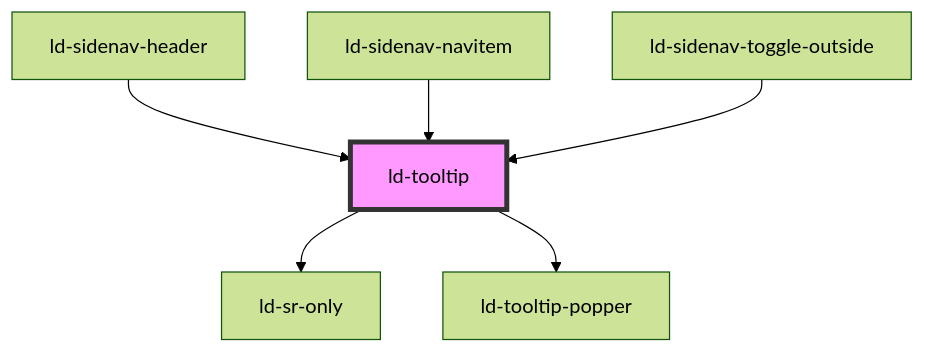
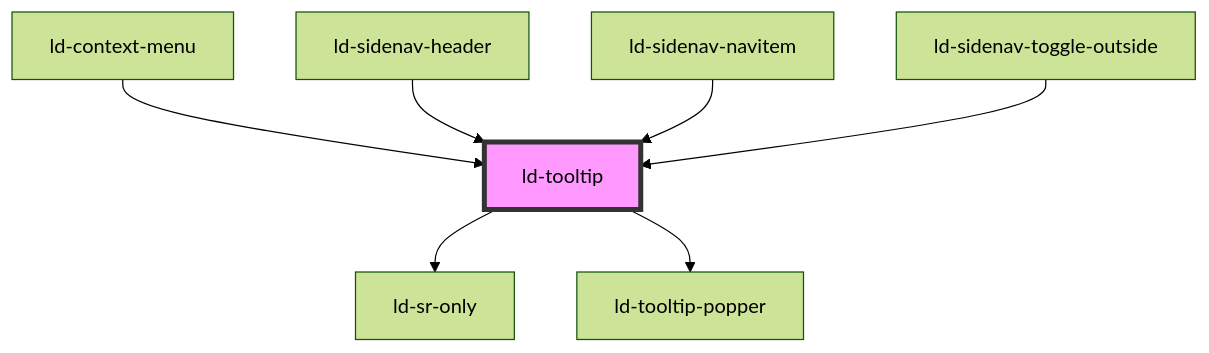
Before and after one commit to emdgroup-liquid/liquid: the diagram in src/liquid/components/ld-tooltip/readme.md, drawn with Mermaid (forest theme). The commit also changed other lines of this file and 4 other files, not shown here.

````diff
--- a/src/liquid/components/ld-tooltip/readme.md
+++ b/src/liquid/components/ld-tooltip/readme.md
@@ -484,9 +485,10 @@
 ```mermaid
 graph TD;
   ld-tooltip --> ld-sr-only
   ld-tooltip --> ld-tooltip-popper
+  ld-context-menu --> ld-tooltip
   ld-sidenav-header --> ld-tooltip
   ld-sidenav-navitem --> ld-tooltip
   ld-sidenav-toggle-outside --> ld-tooltip
   style ld-tooltip fill:#f9f,stroke:#333,stroke-width:4px
 ```
````
